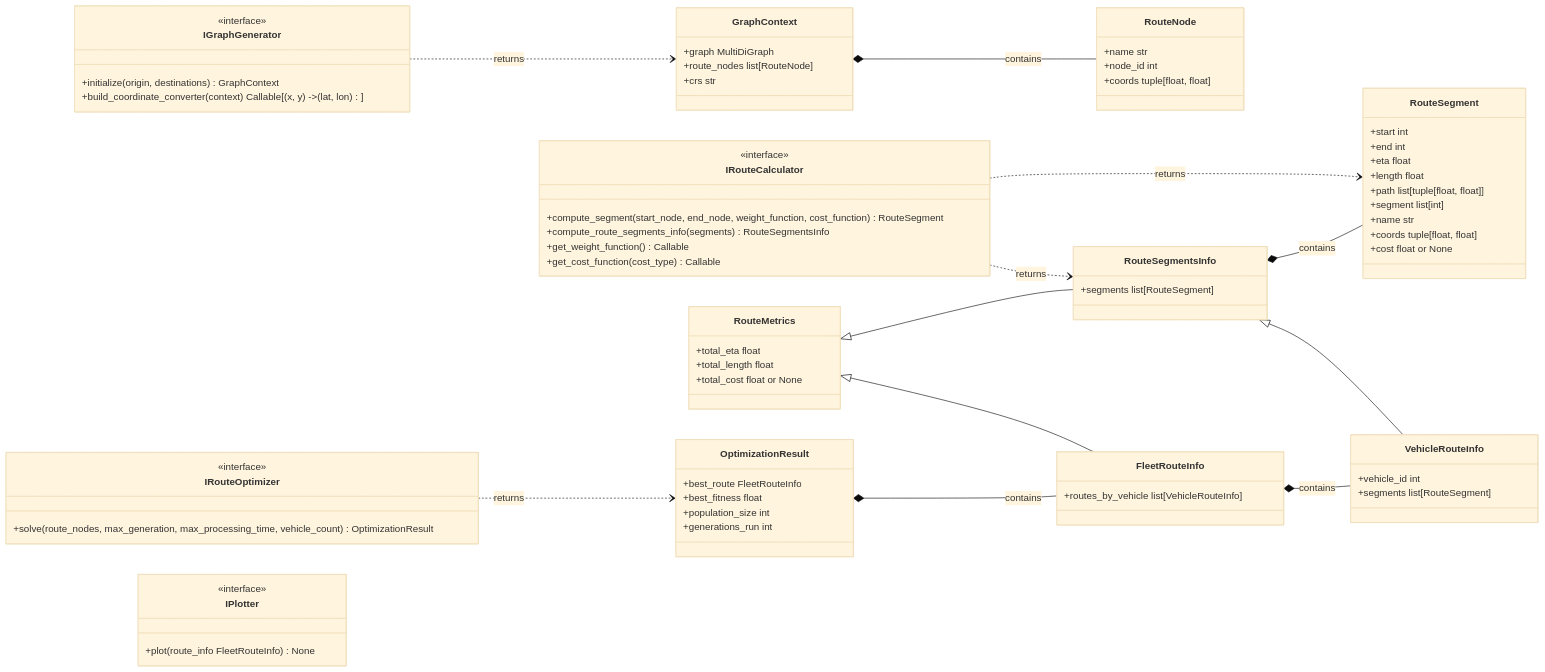
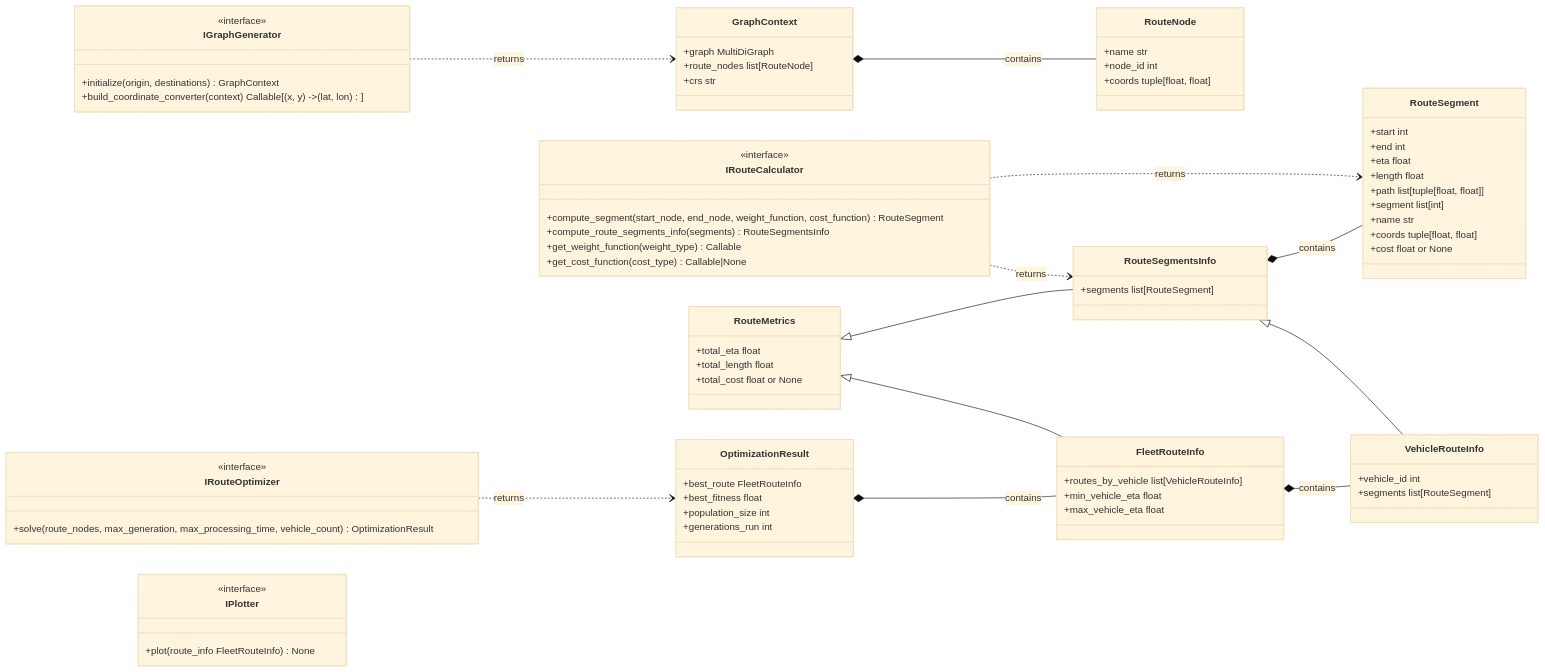
The second of 4 diagrams in architecture.md (luizaaca/api_best_route), drawn with Mermaid (base theme) before and after one commit. The commit also changed other lines of this file and 15 other files, not shown here.

```diff
--- a/architecture.md
+++ b/architecture.md
@@ -154,8 +154,8 @@
         <<interface>>
         +compute_segment(start_node, end_node, weight_function, cost_function) RouteSegment
         +compute_route_segments_info(segments) RouteSegmentsInfo
-        +get_weight_function() Callable
-        +get_cost_function(cost_type) Callable
+        +get_weight_function(weight_type) Callable
+        +get_cost_function(cost_type) Callable|None
     }
 
     class IRouteOptimizer {
@@ -209,6 +209,8 @@
 
     class FleetRouteInfo {
         +routes_by_vehicle list[VehicleRouteInfo]
+        +min_vehicle_eta float
+        +max_vehicle_eta float
     }
 
     class OptimizationResult {
```
